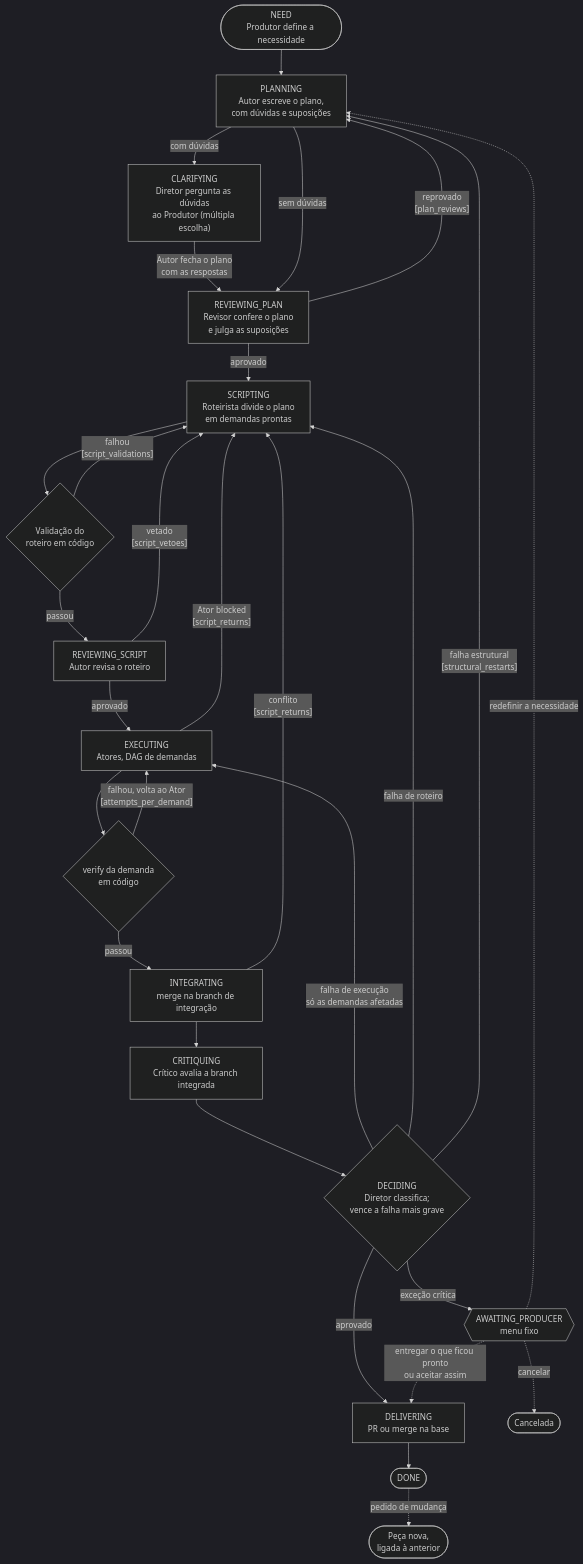
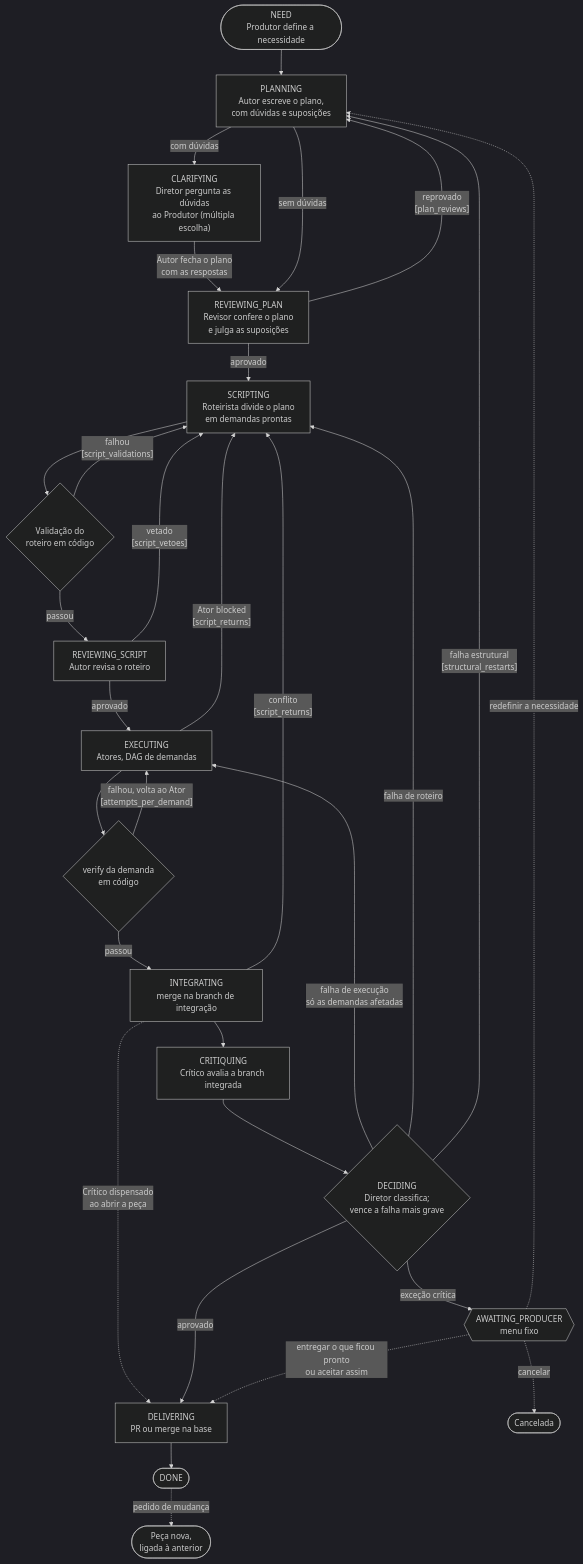
The diagram in docs/framework-ideas/fluxo-da-peca.md (asantos43/orchestration-theater), drawn with Mermaid (dark theme) before and after one commit. The commit also changed other lines of this file and 22 other files, not shown here.

````diff
--- a/docs/framework-ideas/fluxo-da-peca.md
+++ b/docs/framework-ideas/fluxo-da-peca.md
@@ -5,50 +5,51 @@
 ```mermaid
 flowchart TD
     NEED(["NEED<br/>Produtor define a necessidade"])
     PLANNING["PLANNING<br/>Autor escreve o plano,<br/>com dúvidas e suposições"]
     CLARIFYING["CLARIFYING<br/>Diretor pergunta as dúvidas<br/>ao Produtor (múltipla escolha)"]
     REVIEWING_PLAN["REVIEWING_PLAN<br/>Revisor confere o plano<br/>e julga as suposições"]
     SCRIPTING["SCRIPTING<br/>Roteirista divide o plano<br/>em demandas prontas"]
     VALIDATION{"Validação do<br/>roteiro em código"}
     REVIEWING_SCRIPT["REVIEWING_SCRIPT<br/>Autor revisa o roteiro"]
     EXECUTING["EXECUTING<br/>Atores, DAG de demandas"]
     VERIFY{"verify da demanda<br/>em código"}
     INTEGRATING["INTEGRATING<br/>merge na branch de integração"]
     CRITIQUING["CRITIQUING<br/>Crítico avalia a branch integrada"]
     DECIDING{"DECIDING<br/>Diretor classifica;<br/>vence a falha mais grave"}
     DELIVERING["DELIVERING<br/>PR ou merge na base"]
     DONE(["DONE"])
     NEXT(["Peça nova,<br/>ligada à anterior"])
     AWAITING{{"AWAITING_PRODUCER<br/>menu fixo"}}
     CANCELLED(["Cancelada"])
 
     NEED --> PLANNING
     PLANNING -->|"com dúvidas"| CLARIFYING
     CLARIFYING -->|"Autor fecha o plano<br/>com as respostas"| REVIEWING_PLAN
     PLANNING -->|"sem dúvidas"| REVIEWING_PLAN
     REVIEWING_PLAN -->|"reprovado<br/>[plan_reviews]"| PLANNING
     REVIEWING_PLAN -->|"aprovado"| SCRIPTING
     SCRIPTING --> VALIDATION
     VALIDATION -->|"falhou<br/>[script_validations]"| SCRIPTING
     VALIDATION -->|"passou"| REVIEWING_SCRIPT
     REVIEWING_SCRIPT -->|"vetado<br/>[script_vetoes]"| SCRIPTING
     REVIEWING_SCRIPT -->|"aprovado"| EXECUTING
     EXECUTING --> VERIFY
     VERIFY -->|"falhou, volta ao Ator<br/>[attempts_per_demand]"| EXECUTING
     EXECUTING -->|"Ator blocked<br/>[script_returns]"| SCRIPTING
     VERIFY -->|"passou"| INTEGRATING
     INTEGRATING -->|"conflito<br/>[script_returns]"| SCRIPTING
     INTEGRATING --> CRITIQUING
+    INTEGRATING -.->|"Crítico dispensado<br/>ao abrir a peça"| DELIVERING
     CRITIQUING --> DECIDING
     DECIDING -->|"aprovado"| DELIVERING
     DELIVERING --> DONE
     DECIDING -->|"falha de execução<br/>só as demandas afetadas"| EXECUTING
     DECIDING -->|"falha de roteiro"| SCRIPTING
     DECIDING -->|"falha estrutural<br/>[structural_restarts]"| PLANNING
     DECIDING -->|"exceção crítica"| AWAITING
     DONE -.->|"pedido de mudança"| NEXT
 
     AWAITING -.->|"redefinir a necessidade"| PLANNING
     AWAITING -.->|"entregar o que ficou pronto<br/>ou aceitar assim"| DELIVERING
     AWAITING -.->|"cancelar"| CANCELLED
 ```
````
